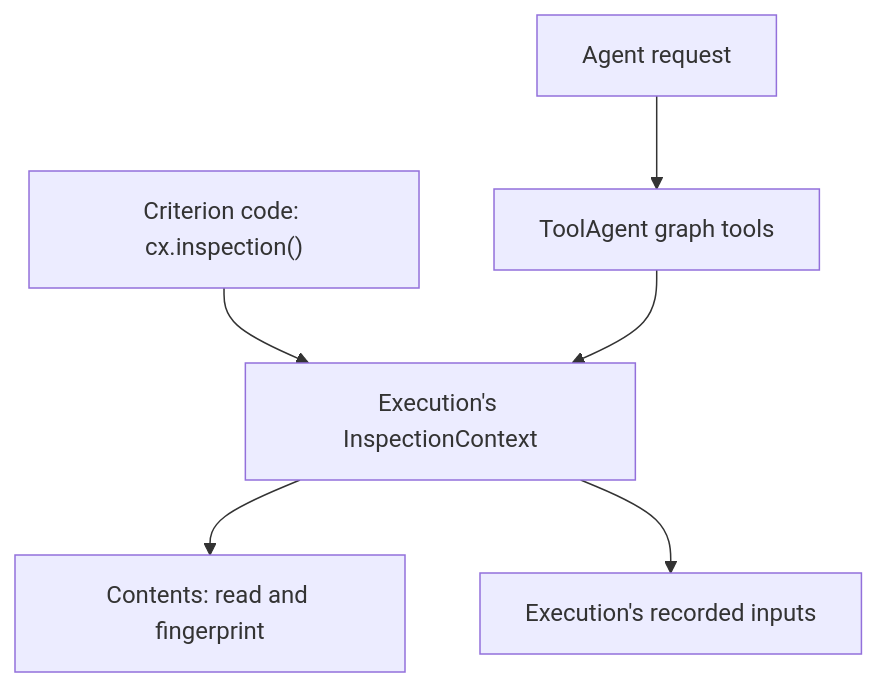
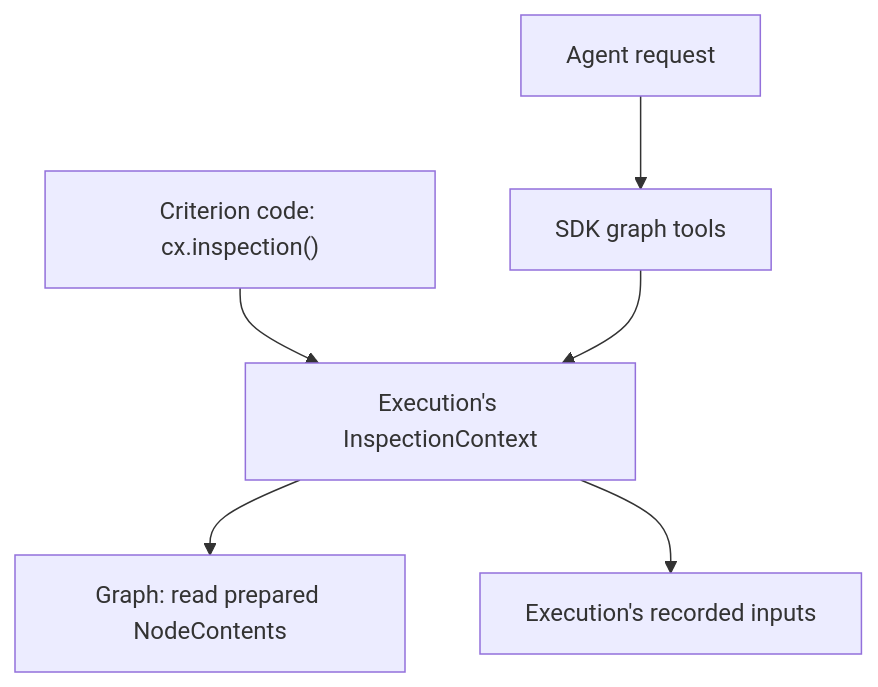
One commit to nikomatsakis/habeas-codicem changed the diagram in md/requirements/sdk/graph/context-tools.md. Above: the diagram before and after it, drawn with Mermaid. The commit also changed other lines of this file and 38 other files, not shown here.

````diff
--- a/md/requirements/sdk/graph/context-tools.md
+++ b/md/requirements/sdk/graph/context-tools.md
@@ -78,8 +77,8 @@
 ```mermaid
 flowchart TD
     Code["Criterion code: cx.inspection()"] --> Context["Execution's InspectionContext"]
-    Agent["Agent request"] --> Tools["ToolAgent graph tools"]
+    Agent["Agent request"] --> Tools["SDK graph tools"]
     Tools --> Context
-    Context --> Contents["Contents: read and fingerprint"]
+    Context --> Graph["Graph: read prepared NodeContents"]
     Context --> Trace["Execution's recorded inputs"]
 ```
````
